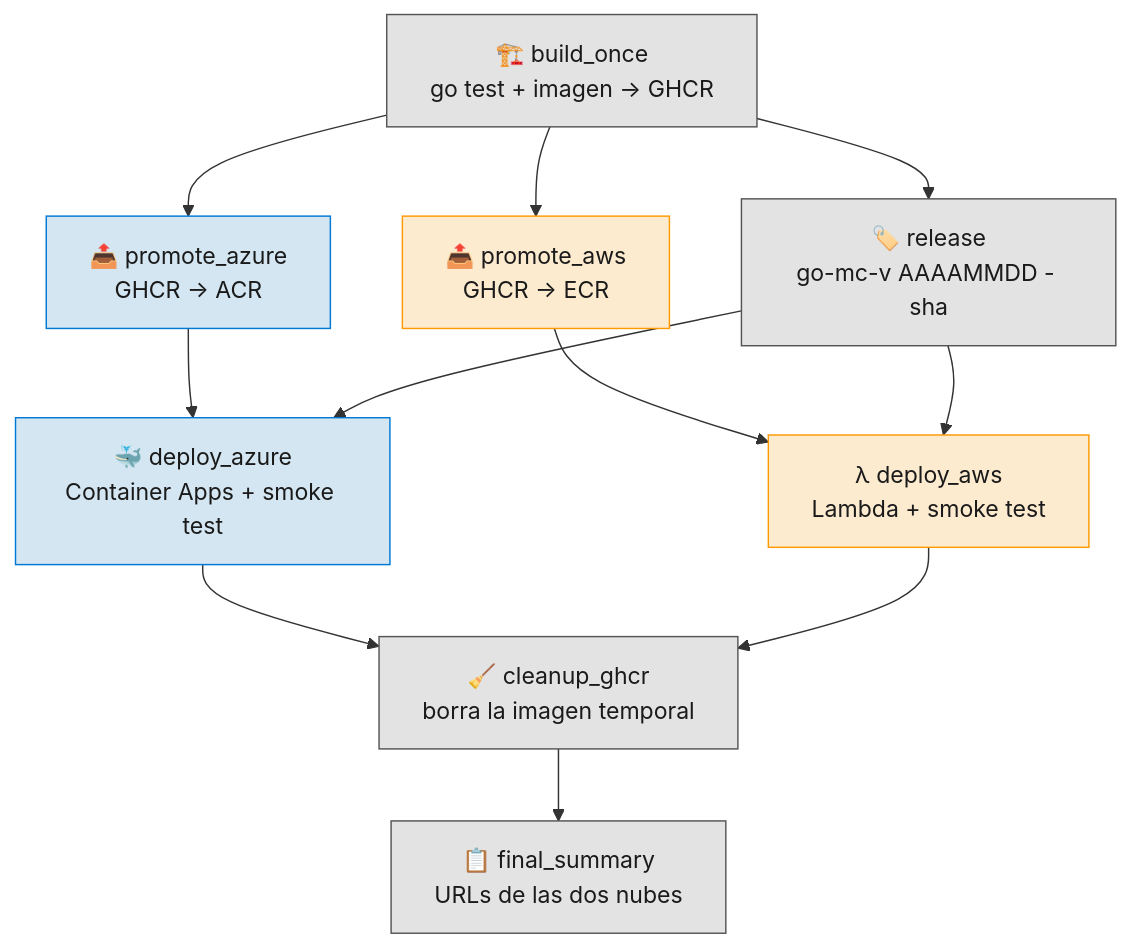
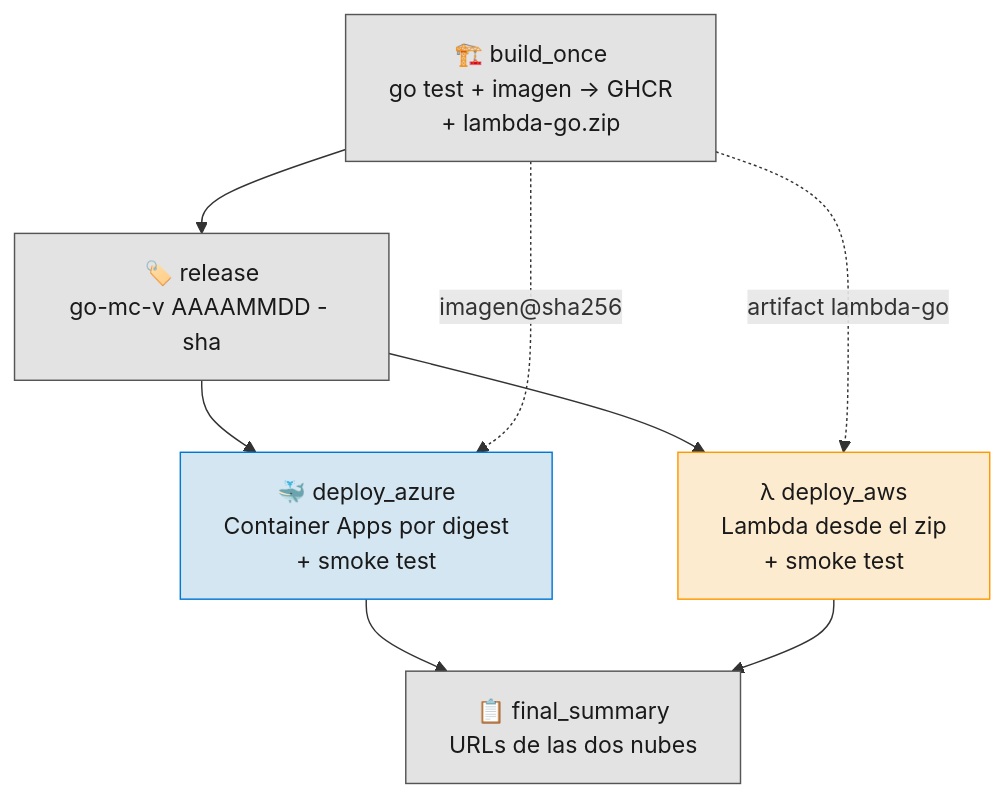
One commit to yembertQC/Reto_Platform-Enginner_ED-Team changed the fourth of 7 diagrams in doc/05-Pipeline-CD-Despliegue.md. Above: the diagram before and after it, drawn with Mermaid. The commit also changed other lines of this file and 28 other files, not shown here.

````diff
--- a/doc/05-Pipeline-CD-Despliegue.md
+++ b/doc/05-Pipeline-CD-Despliegue.md
@@ -107,24 +119,21 @@
 ```mermaid
 flowchart TB
-    BUILD["🏗️ build_once<br/>go test + imagen → GHCR"]
+    BUILD["🏗️ build_once<br/>go test + imagen → GHCR<br/>+ lambda-go.zip"]
 
-    BUILD --> PAZ["📤 promote_azure<br/>GHCR → ACR"]
-    BUILD --> PAWS["📤 promote_aws<br/>GHCR → ECR"]
     BUILD --> REL["🏷️ release<br/>go-mc-v AAAAMMDD - sha"]
 
-    PAZ --> DAZ["🐳 deploy_azure<br/>Container Apps + smoke test"]
-    PAWS --> DAWS["λ deploy_aws<br/>Lambda + smoke test"]
-    REL --> DAZ
-    REL --> DAWS
+    REL --> DAZ["🐳 deploy_azure<br/>Container Apps por digest<br/>+ smoke test"]
+    REL --> DAWS["λ deploy_aws<br/>Lambda desde el zip<br/>+ smoke test"]
+    BUILD -.->|"imagen@sha256"| DAZ
+    BUILD -.->|"artifact lambda-go"| DAWS
 
-    DAZ --> CLEAN["🧹 cleanup_ghcr<br/>borra la imagen temporal"]
-    DAWS --> CLEAN
-    CLEAN --> SUM["📋 final_summary<br/>URLs de las dos nubes"]
+    DAZ --> SUM["📋 final_summary<br/>URLs de las dos nubes"]
+    DAWS --> SUM
 
     classDef gh fill:#E3E3E3,stroke:#555,color:#1a1a1a
     classDef azure fill:#D4E6F1,stroke:#0078D4,color:#1a1a1a
     classDef aws fill:#FDEBD0,stroke:#FF9900,color:#1a1a1a
-    class BUILD,REL,CLEAN,SUM gh
-    class PAZ,DAZ azure
-    class PAWS,DAWS aws
+    class BUILD,REL,SUM gh
+    class DAZ azure
+    class DAWS aws
 ```
````
